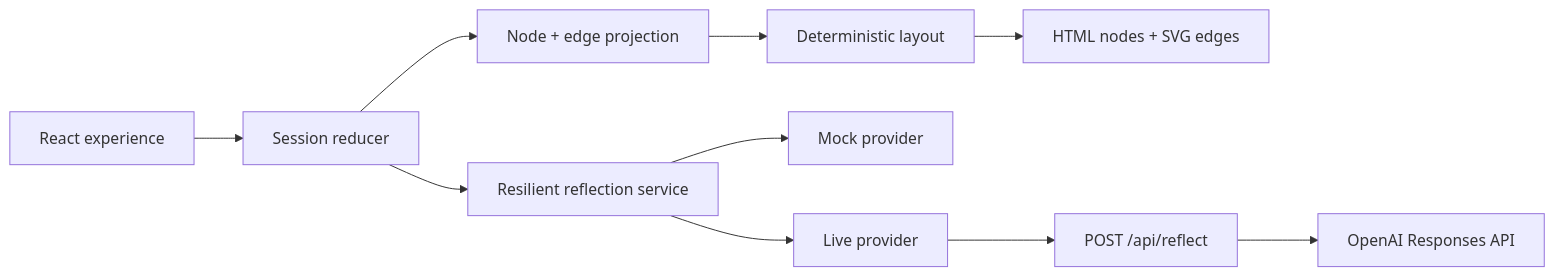
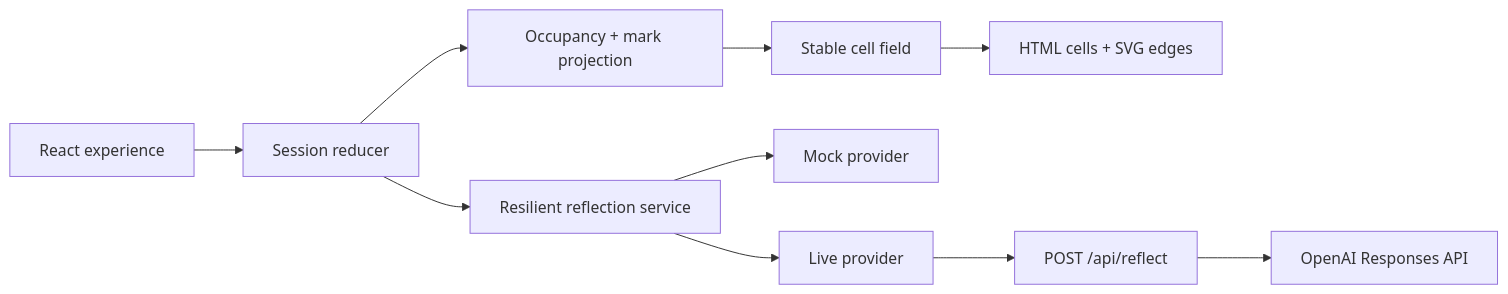
The diagram in docs/03-technical-design.md (jotaefejota/hmm), drawn with Mermaid before and after one commit. The commit also changed other lines of this file and 23 other files, not shown here.

````diff
--- a/docs/03-technical-design.md
+++ b/docs/03-technical-design.md
@@ -13,12 +13,12 @@
 ```mermaid
 flowchart LR
     UI["React experience"] --> State["Session reducer"]
-    State --> Projection["Node + edge projection"]
-    Projection --> Layout["Deterministic layout"]
-    Layout --> Canvas["HTML nodes + SVG edges"]
+    State --> Projection["Occupancy + mark projection"]
+    Projection --> Layout["Stable cell field"]
+    Layout --> Canvas["HTML cells + SVG edges"]
     State --> Service["Resilient reflection service"]
     Service --> Mock["Mock provider"]
     Service --> Live["Live provider"]
     Live --> Endpoint["POST /api/reflect"]
     Endpoint --> Model["OpenAI Responses API"]
 ```
````
